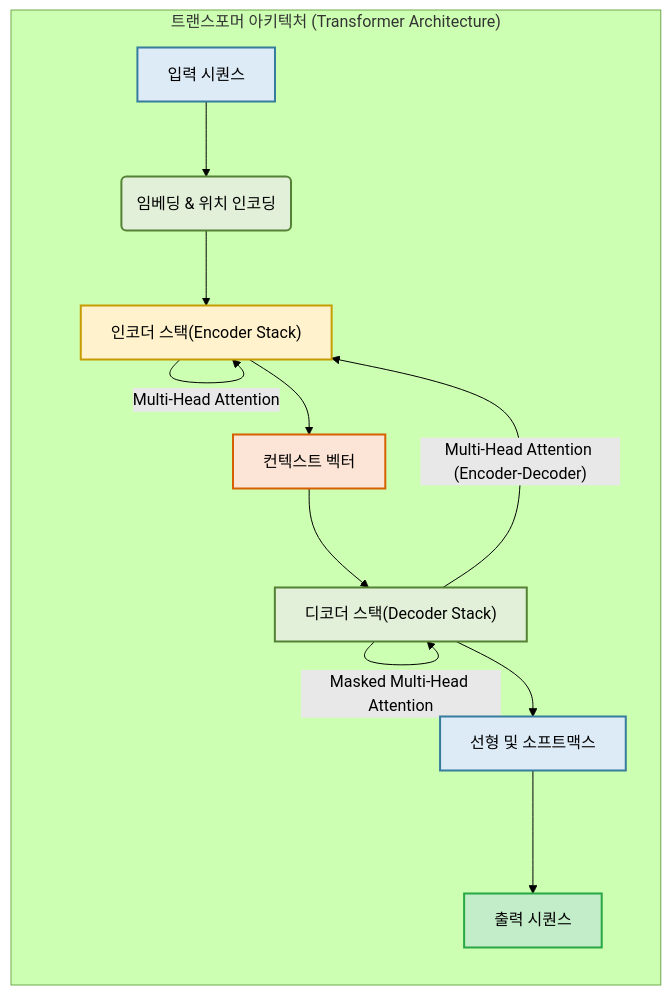
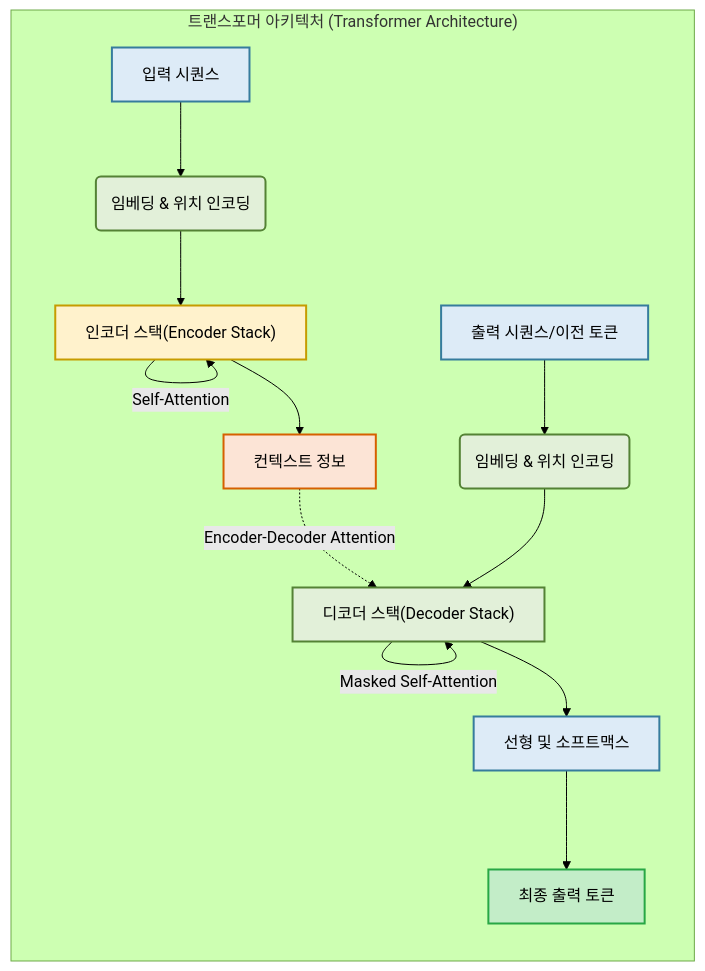
The first of 3 diagrams in ch01/sec01/01_llm.md (postforty/kor-it-langchain-class), drawn with Mermaid (forest theme) before and after one commit. The commit also changed other lines of this file and 3 other files, not shown here.

````diff
--- a/ch01/sec01/01_llm.md
+++ b/ch01/sec01/01_llm.md
@@ -19,23 +24,31 @@
 ```mermaid
 graph LR
     subgraph "트랜스포머 아키텍처 (Transformer Architecture)"
+        %% 인코더 파트
         A[입력 시퀀스] --> B(임베딩 & 위치 인코딩);
         B --> C["인코더 스택(Encoder Stack)"];
-        C -- "Multi-Head Attention" --> C;
-        C --> D[컨텍스트 벡터];
+        C -- "Self-Attention" --> C;
+        C --> D[컨텍스트 정보];
 
-        D --> E["디코더 스택(Decoder Stack)"];
-        E -- "Masked Multi-Head Attention" --> E;
-        E -- "Multi-Head Attention (Encoder-Decoder)" --> C;
+        %% 디코더 파트
+        H[출력 시퀀스/이전 토큰] --> I(임베딩 & 위치 인코딩);
+        I --> E["디코더 스택(Decoder Stack)"];
+        E -- "Masked Self-Attention" --> E;
+        
+        %% 교차 어텐션 (인코더 -> 디코더 흐름)
+        D -. "Encoder-Decoder Attention" .-> E;
+        
         E --> F[선형 및 소프트맥스];
-        F --> G[출력 시퀀스];
+        F --> G[최종 출력 토큰];
     end
 
     style A fill:#DDEBF7,stroke:#367C9D,stroke-width:2px;
     style B fill:#E2F0D9,stroke:#548235,stroke-width:2px;
     style C fill:#FFF2CC,stroke:#C69C00,stroke-width:2px;
     style D fill:#FCE4D6,stroke:#D66000,stroke-width:2px;
     style E fill:#E2F0D9,stroke:#548235,stroke-width:2px;
     style F fill:#DDEBF7,stroke:#367C9D,stroke-width:2px;
     style G fill:#C3EDC8,stroke:#28A745,stroke-width:2px;
+    style H fill:#DDEBF7,stroke:#367C9D,stroke-width:2px;
+    style I fill:#E2F0D9,stroke:#548235,stroke-width:2px;
 ```
````
